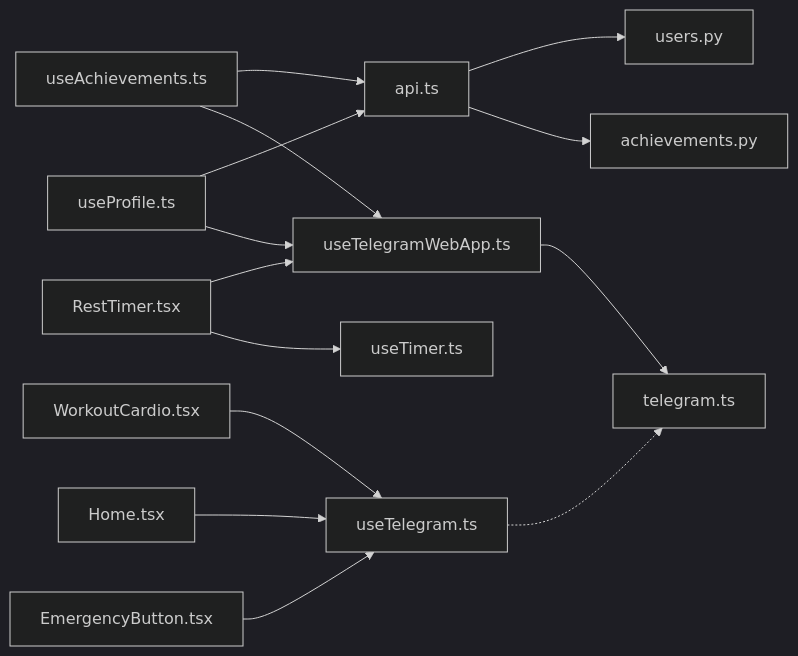
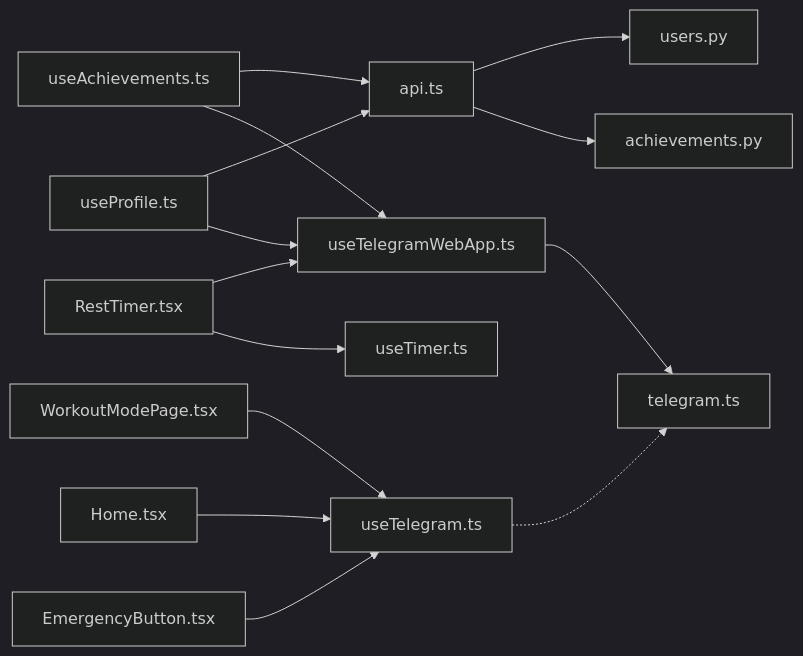
The seventh of 7 diagrams in .qoder/repowiki/en/content/Frontend Component Architecture/Custom Hooks System.md (nilsnavi/fit_trackerpro), drawn with Mermaid (dark theme) before and after one commit. The commit also changed other lines of this file and 10 other files, not shown here.

````diff
--- a/.qoder/repowiki/en/content/Frontend Component Architecture/Custom Hooks System.md
+++ b/.qoder/repowiki/en/content/Frontend Component Architecture/Custom Hooks System.md
@@ -428,17 +428,17 @@
 ```mermaid
 graph LR
 UP["useProfile.ts"] --> UTA["useTelegramWebApp.ts"]
 UP --> API["api.ts"]
 UA["useAchievements.ts"] --> UTA
 UA --> API
 UT["useTelegram.ts"] -.-> TEL["telegram.ts"]
 UTA --> TEL
 UTI["useTimer.ts"]
 RT["RestTimer.tsx"] --> UTI
 RT --> UTA
 EB["EmergencyButton.tsx"] --> UT
 HOME["Home.tsx"] --> UT
-WCARDIO["WorkoutCardio.tsx"] --> UT
+WMODE["WorkoutModePage.tsx"] --> UT
 API --> BEA["achievements.py"]
 API --> BEU["users.py"]
 ```
````
